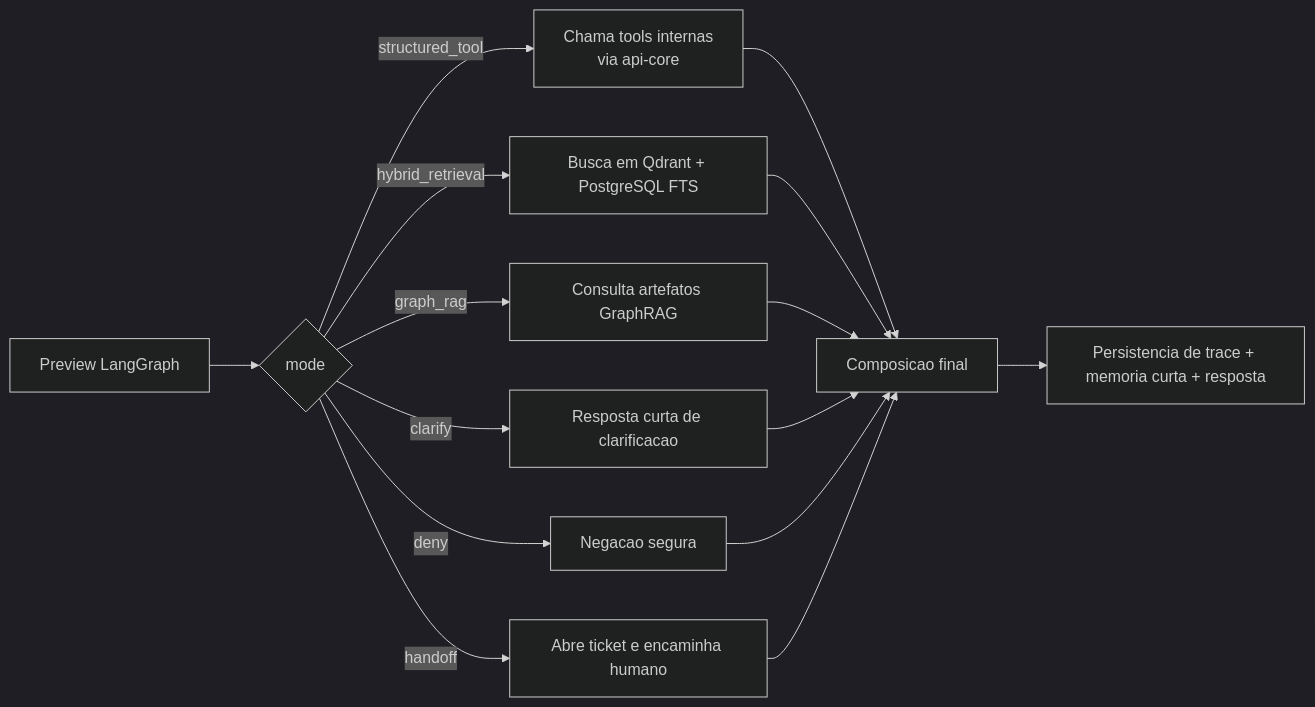
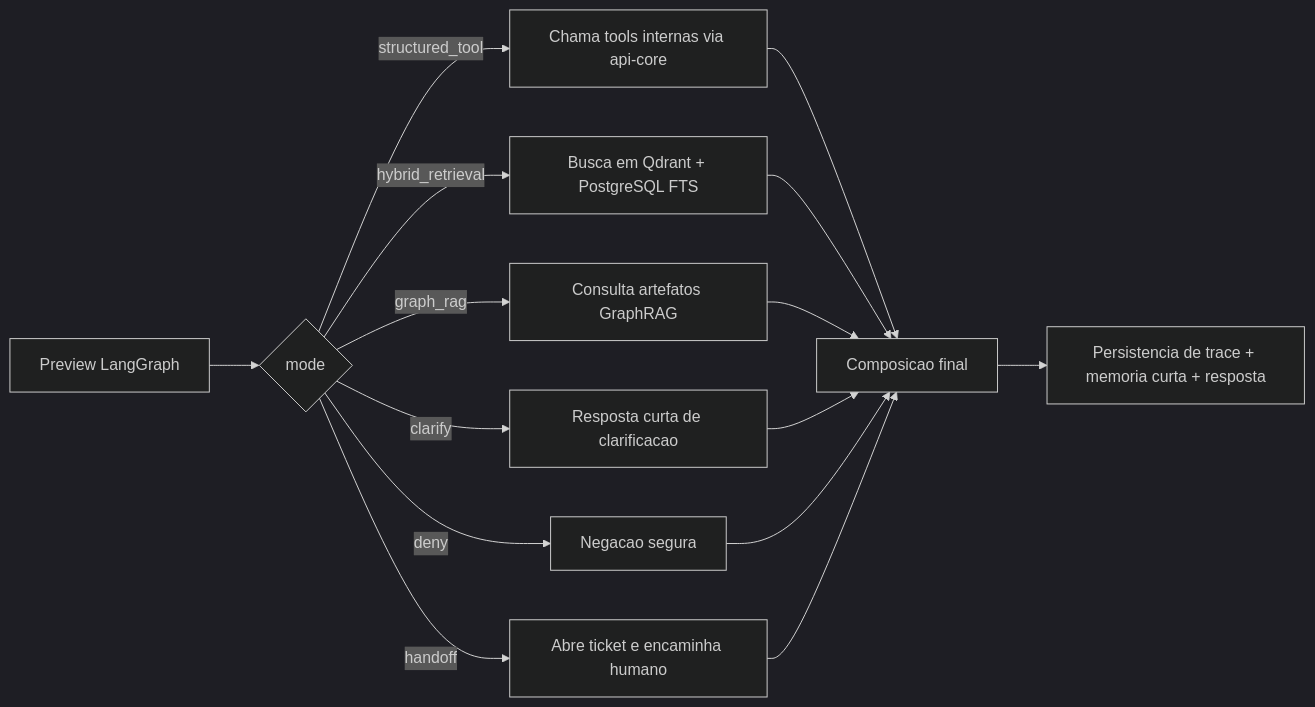
One commit to EliseuODaniel/eduassist-platform changed the fifth of 15 diagrams in docs/architecture/dual-stack-runtime-visual-guide.md. Above: the diagram before and after it, drawn with Mermaid (dark theme). The commit also changed other lines of this file, not shown here.

Commit message:
Simplify Mermaid syntax in dual stack visual guide

````diff
--- a/docs/architecture/dual-stack-runtime-visual-guide.md
+++ b/docs/architecture/dual-stack-runtime-visual-guide.md
@@ -145,19 +145,19 @@
 ```mermaid
-flowchart LR
+graph LR
     Preview["Preview LangGraph"] --> A{"mode"}
-    A -->|structured_tool| B["Chama tools internas<br/>via api-core"]
+    A -->|structured_tool| B["Chama tools internas via api-core"]
     A -->|hybrid_retrieval| C["Busca em Qdrant + PostgreSQL FTS"]
     A -->|graph_rag| D["Consulta artefatos GraphRAG"]
     A -->|clarify| E["Resposta curta de clarificacao"]
     A -->|deny| F["Negacao segura"]
     A -->|handoff| G["Abre ticket e encaminha humano"]
 
     B --> H["Composicao final"]
     C --> H
     D --> H
     E --> H
     F --> H
     G --> H
 
     H --> I["Persistencia de trace + memoria curta + resposta"]
 ```
````
